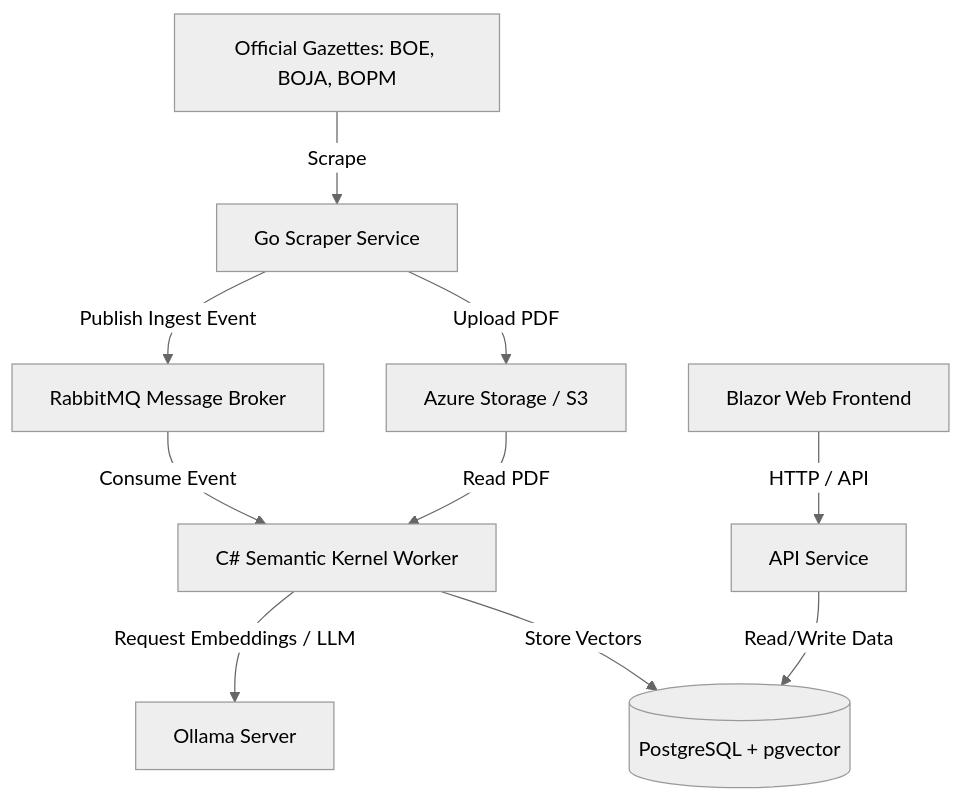
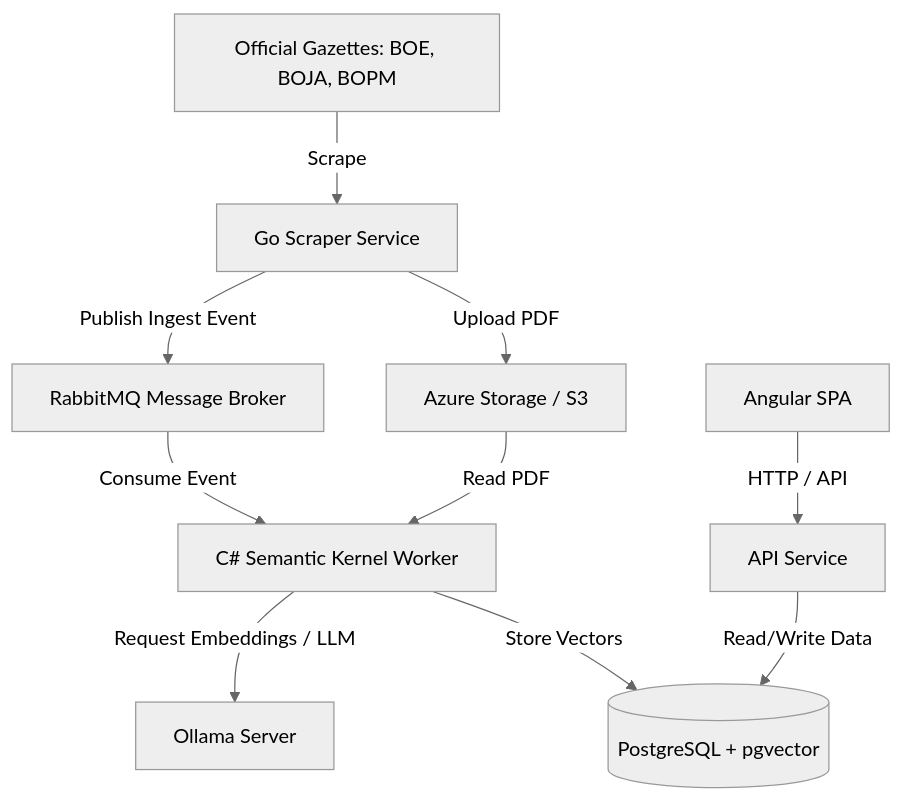
The diagram in docs/go-scraper-integration.md (TempooDev/asistente-ayuntamiento), drawn with Mermaid (neutral theme) before and after one commit. The commit also changed 31 other files, not shown here.

First line of the commit message:
memoria: add UML sequence diagram for daily ingestion process

````diff
--- a/docs/go-scraper-integration.md
+++ b/docs/go-scraper-integration.md
@@ -11,17 +11,17 @@
 ```mermaid
 graph TD
     %% Scraper Components
     Sources[Official Gazettes: BOE, BOJA, BOPM] -->|Scrape| GoScraper[Go Scraper Service]
     GoScraper -->|Upload PDF| Storage[Azure Storage / S3]
     GoScraper -->|Publish Ingest Event| RabbitMQ[RabbitMQ Message Broker]
 
     %% Ingestion / Processing Components
     RabbitMQ -->|Consume Event| dotnetWorker[C# Semantic Kernel Worker]
     Storage -->|Read PDF| dotnetWorker
     dotnetWorker -->|Request Embeddings / LLM| Ollama[Ollama Server]
     dotnetWorker -->|Store Vectors| Postgres[(PostgreSQL + pgvector)]
     
     %% API and Frontend
-    Web[Blazor Web Frontend] -->|HTTP / API| API[API Service]
+    Web[Angular SPA] -->|HTTP / API| API[API Service]
     API -->|Read/Write Data| Postgres
 ```
````
